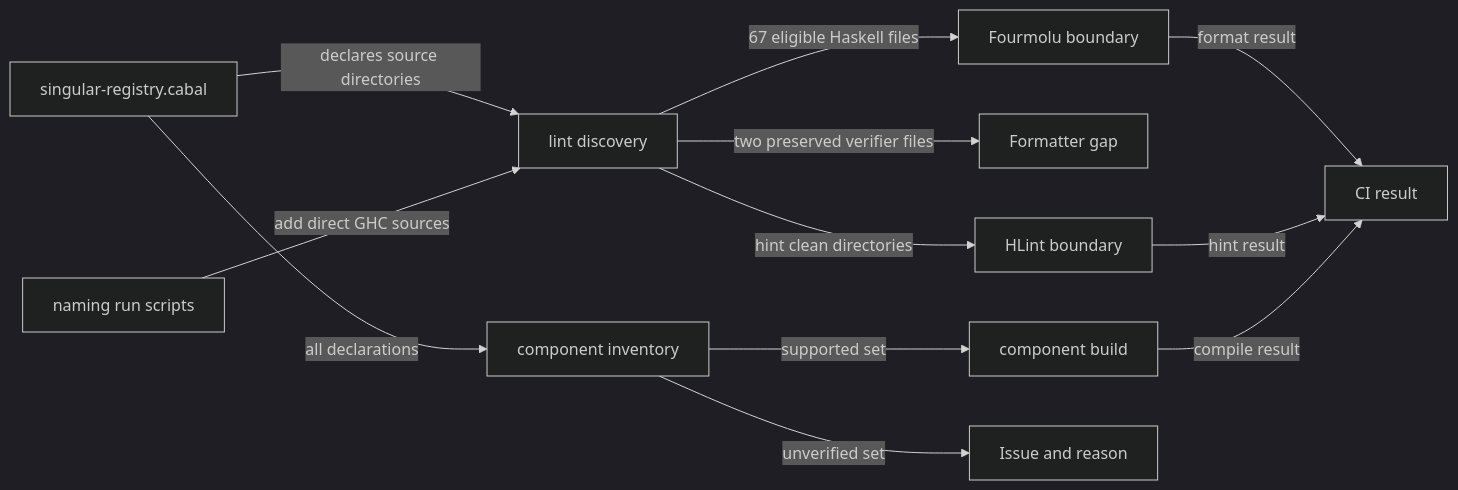
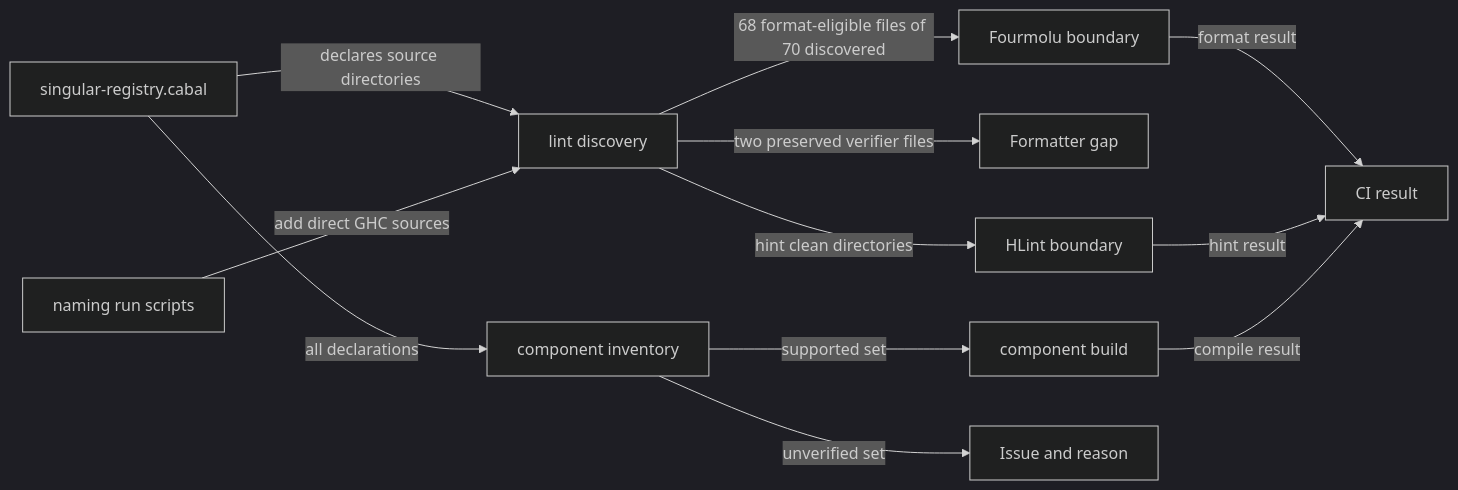
One commit to lambdasistemi/singular changed the diagram in docs/offchain-development.md. Above: the diagram before and after it, drawn with Mermaid (dark theme). The commit also changed other lines of this file and 1 other file, not shown here.

````diff
--- a/docs/offchain-development.md
+++ b/docs/offchain-development.md
@@ -19,14 +19,14 @@
 ```mermaid
 flowchart LR
     C[singular-registry.cabal] -->|declares source directories| D[lint discovery]
     N[naming run scripts] -->|add direct GHC sources| D
-    D -->|67 eligible Haskell files| F[Fourmolu boundary]
+    D -->|68 format-eligible files of 70 discovered| F[Fourmolu boundary]
     D -->|two preserved verifier files| X[Formatter gap]
     D -->|hint clean directories| H[HLint boundary]
     C -->|all declarations| I[component inventory]
     I -->|supported set| B[component build]
     I -->|unverified set| U[Issue and reason]
     F -->|format result| CI[CI result]
     H -->|hint result| CI
     B -->|compile result| CI
 ```
````
